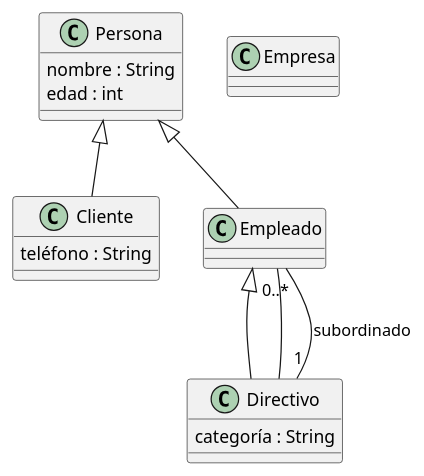
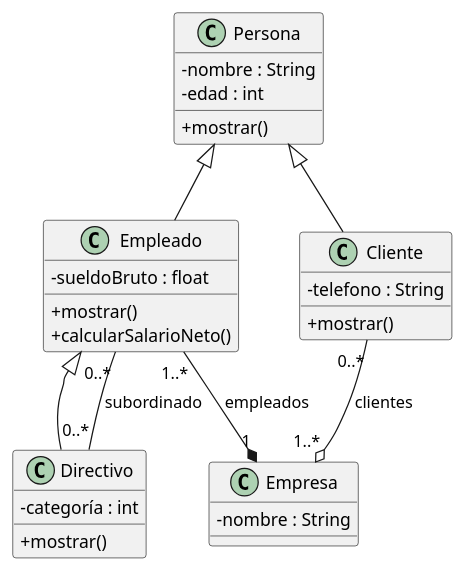
One commit to BigoKokio/PrimeraEvaluacion_Programacion changed the diagram in out/production/PrimeraEvaluación/Entornos/PUML/Ej04.puml. Above: the diagram before and after it, drawn with PlantUML. The commit also changed 27 other files, not shown here.

```diff
--- a/out/production/PrimeraEvaluación/Entornos/PUML/Ej04.puml
+++ b/out/production/PrimeraEvaluación/Entornos/PUML/Ej04.puml
@@ -1,20 +1,43 @@
 @startuml
+'https://plantuml.com/class-diagram
+
+'left to right direction
+skinparam classAttributeIconSize 0
+
+
+Persona <|-- Empleado
+Persona <|-- Cliente
+
+Empleado <|-- Directivo
+Empleado "0..*" -- "0..*" Directivo : subordinado
+
+Empleado "1..*" --* "1" Empresa : empleados
+Cliente "0..*" --o "1..*" Empresa : clientes
 
 class Persona {
-nombre : String
-edad : int
+- nombre : String
+- edad : int
++ mostrar()
 }
+
+class Empleado {
+- sueldoBruto : float
++ mostrar()
++ calcularSalarioNeto()
+}
+
+class Cliente {
+- telefono : String
++ mostrar()
+}
+
 class Directivo {
-categoría : String
+- categoría : int
++ mostrar()
 }
-class Cliente {
-teléfono : String
+
+class Empresa {
+- nombre : String
 }
-class Empresa {
-}
-Persona <|-- Empleado
-Persona <|-- Cliente
-Empleado <|-- Directivo
-Directivo -- Empleado
-Directivo "1" -- "0..*" Empleado : subordinado
+
 @enduml
```
